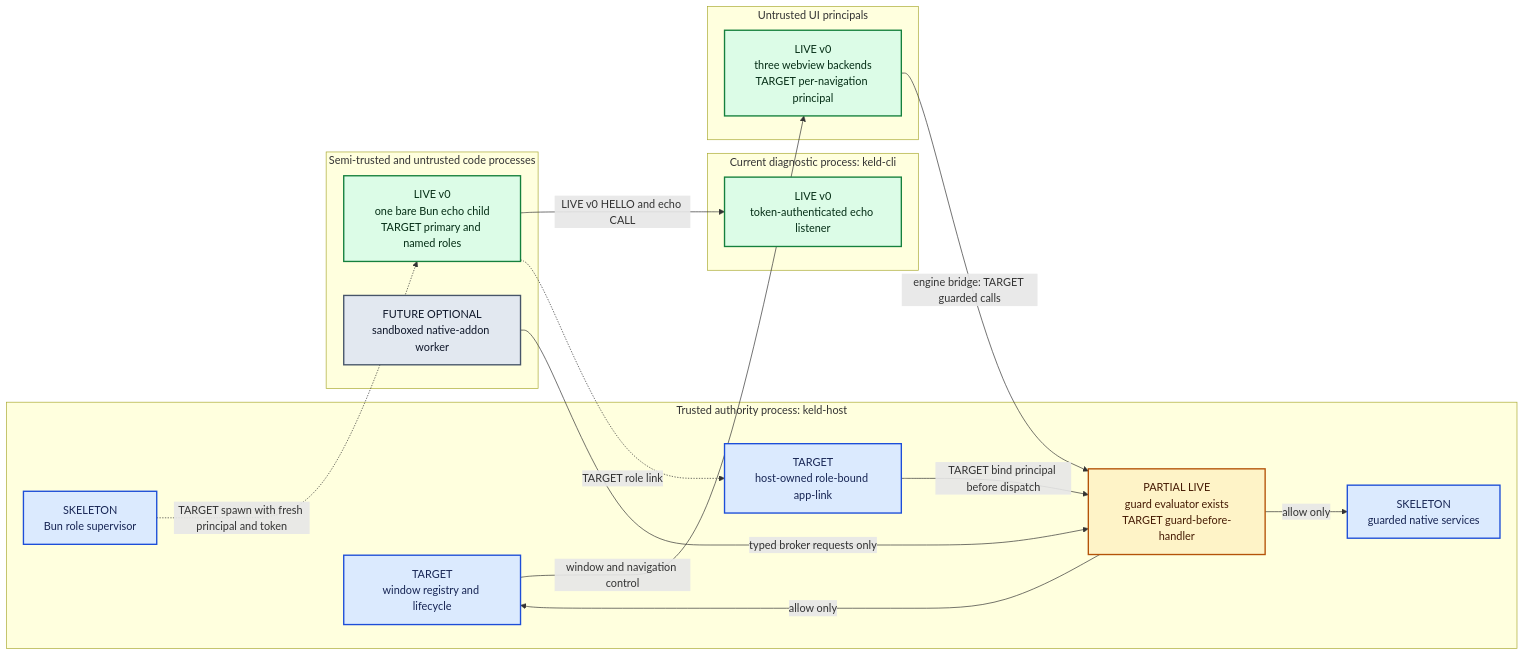
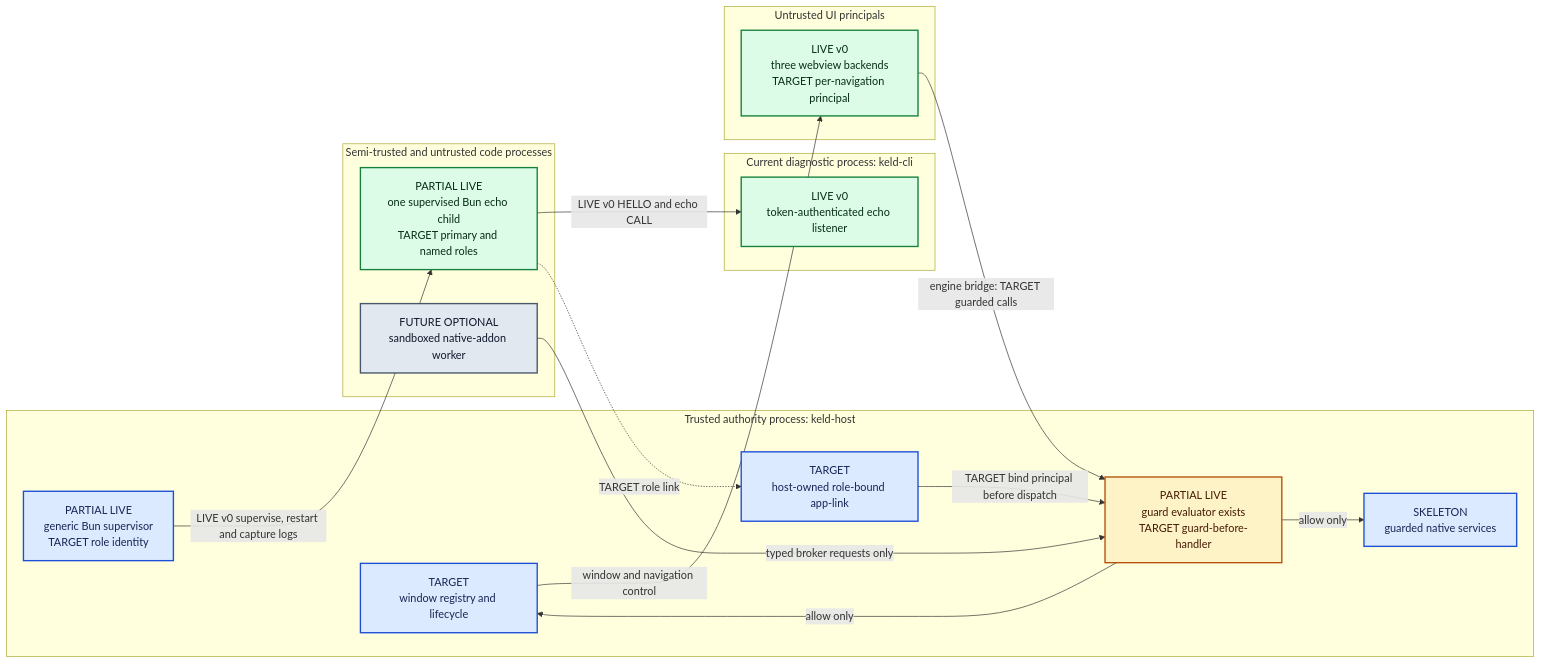
Before and after one commit to gyldlab/keld: the diagram in docs/architecture/01-overview.md, drawn with Mermaid. The commit also changed other lines of this file and 14 other files, not shown here.

````diff
--- a/docs/architecture/01-overview.md
+++ b/docs/architecture/01-overview.md
@@ -9,52 +9,53 @@
 ```mermaid
 flowchart LR
     accTitle: Keld process and trust topology
     accDescr {
       The trusted Rust host owns privileged resources and mediates webview and Bun-role
-      requests. The live v0 slice has three webview backends, a guard evaluator, and one
-      CLI-owned token-authenticated echo link to a bare Bun child. Moving that link into
-      the host, role supervision, guarded dispatch, native services, and an optional
-      sandboxed native-addon worker are destination behavior.
+      requests. The live v0 slice has three webview backends, a guard evaluator, one
+      CLI-owned token-authenticated echo link, and KEL-70's generic supervised Bun child
+      restart loop. Host-bound role identity, guarded role dispatch, native services,
+      role-specific lifecycle and an optional sandboxed native-addon worker remain
+      destination behavior.
     }
 
     subgraph Host["Trusted authority process: keld-host"]
         Core["TARGET<br/>window registry and lifecycle"]
         Link["TARGET<br/>host-owned role-bound app-link"]
         Guard["PARTIAL LIVE<br/>guard evaluator exists<br/>TARGET guard-before-handler"]
         Native["SKELETON<br/>guarded native services"]
-        Runtime["SKELETON<br/>Bun role supervisor"]
+        Runtime["PARTIAL LIVE<br/>generic Bun supervisor<br/>TARGET role identity"]
     end
 
     subgraph Prototype["Current diagnostic process: keld-cli"]
         CliLink["LIVE v0<br/>token-authenticated echo listener"]
     end
 
     subgraph UI["Untrusted UI principals"]
         Webview["LIVE v0<br/>three webview backends<br/>TARGET per-navigation principal"]
     end
 
     subgraph JS["Semi-trusted and untrusted code processes"]
-        App["LIVE v0<br/>one bare Bun echo child<br/>TARGET primary and named roles"]
+        App["PARTIAL LIVE<br/>one supervised Bun echo child<br/>TARGET primary and named roles"]
         Addon["FUTURE OPTIONAL<br/>sandboxed native-addon worker"]
     end
 
-    Runtime -.->|TARGET spawn with fresh principal and token| App
+    Runtime -->|LIVE v0 supervise, restart and capture logs| App
     App -->|LIVE v0 HELLO and echo CALL| CliLink
     App -.->|TARGET role link| Link
     Link -->|TARGET bind principal before dispatch| Guard
     Webview -->|engine bridge: TARGET guarded calls| Guard
     Addon -->|typed broker requests only| Guard
     Guard -->|allow only| Core
     Guard -->|allow only| Native
     Core -->|window and navigation control| Webview
 
     classDef current fill:#dcfce7,stroke:#15803d,color:#052e16,stroke-width:2px;
     classDef target fill:#dbeafe,stroke:#1d4ed8,color:#172554,stroke-width:2px;
     classDef gate fill:#fef3c7,stroke:#b45309,color:#451a03,stroke-width:2px;
     classDef external fill:#e2e8f0,stroke:#475569,color:#0f172a,stroke-width:2px;
 
     class Core,Link,Runtime,Native target;
     class Guard gate;
     class CliLink,Webview,App current;
     class Addon external;
 ```
````
